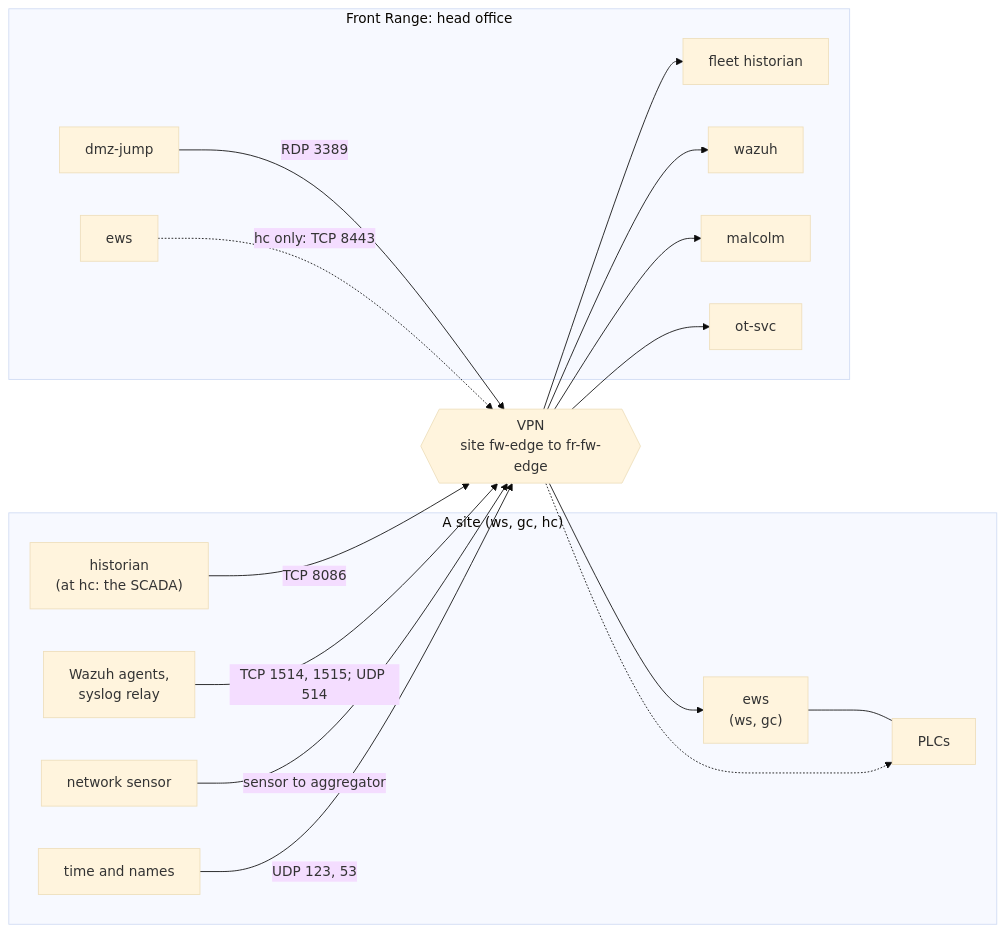
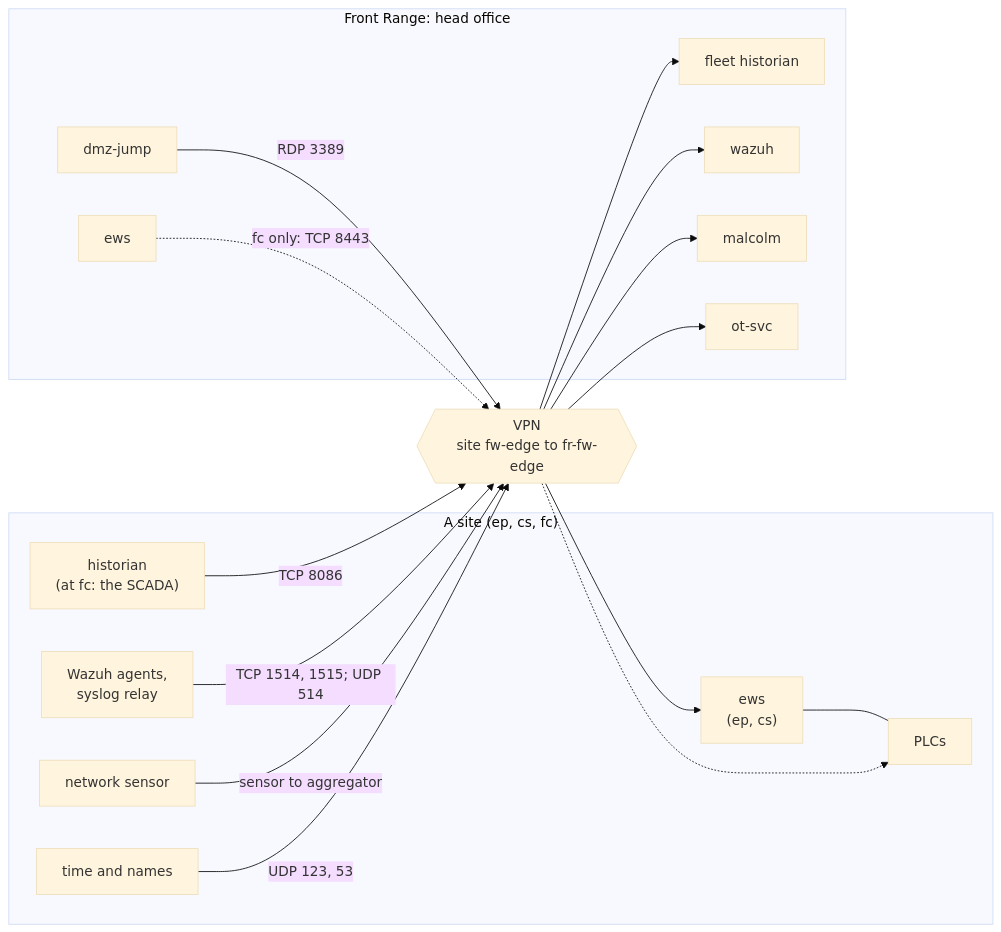
One commit to GhostofGoes/brew changed the sixth of 10 diagrams in docs/multisite/PLANS.md. Above: the diagram before and after it, drawn with Mermaid (base theme). The commit also changed other lines of this file and 35 other files, not shown here.

````diff
--- a/docs/multisite/PLANS.md
+++ b/docs/multisite/PLANS.md
@@ -644,27 +649,27 @@
 ```mermaid
 flowchart LR
-  subgraph SITE["A site (ws, gc, hc)"]
-    SH["historian<br/>(at hc: the SCADA)"]
+  subgraph SITE["A site (ep, cs, fc)"]
+    SH["historian<br/>(at fc: the SCADA)"]
     SA["Wazuh agents,<br/>syslog relay"]
-    SE["ews<br/>(ws, gc)"]
+    SE["ews<br/>(ep, cs)"]
     SS["time and names"]
     SN["network sensor"]
     SP["PLCs"]
   end
   VPN{{"VPN<br/>site fw-edge to fr-fw-edge"}}
   subgraph HQ["Front Range: head office"]
     FH["fleet historian"]
     WZ["wazuh"]
     MA["malcolm"]
     JP["dmz-jump"]
     FE["ews"]
     FS["ot-svc"]
   end
   SH -->|"TCP 8086"| VPN --> FH
   SA -->|"TCP 1514, 1515; UDP 514"| VPN --> WZ
   SN -->|"sensor to aggregator"| VPN --> MA
   SS -->|"UDP 123, 53"| VPN --> FS
   JP -->|"RDP 3389"| VPN --> SE
   SE --- SP
-  FE -.->|"hc only: TCP 8443"| VPN -.-> SP
+  FE -.->|"fc only: TCP 8443"| VPN -.-> SP
 ```
````
